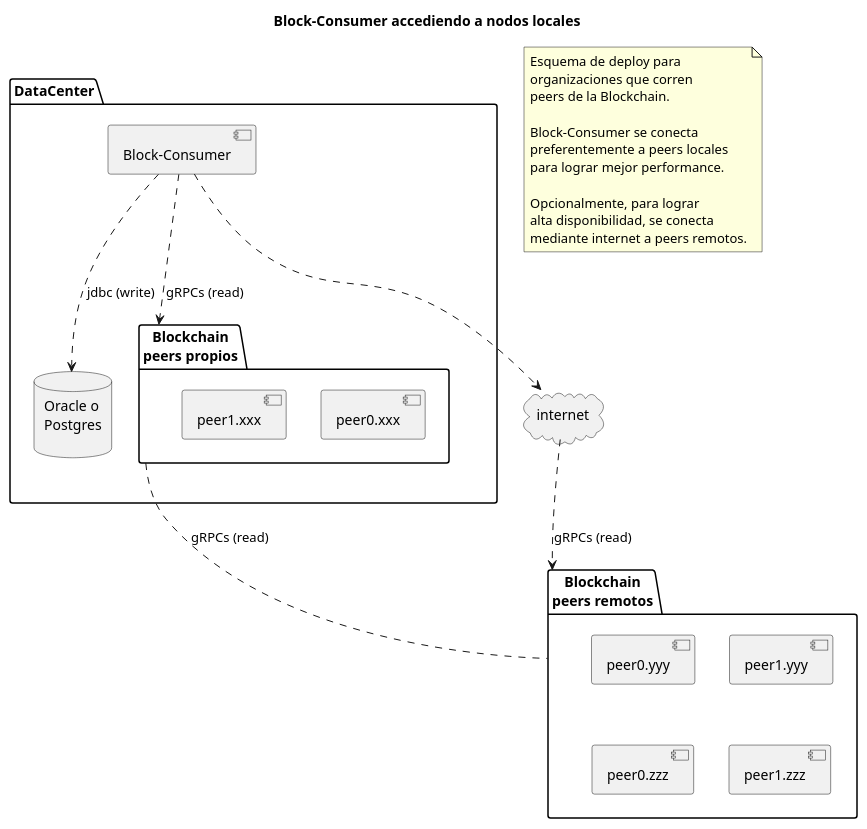
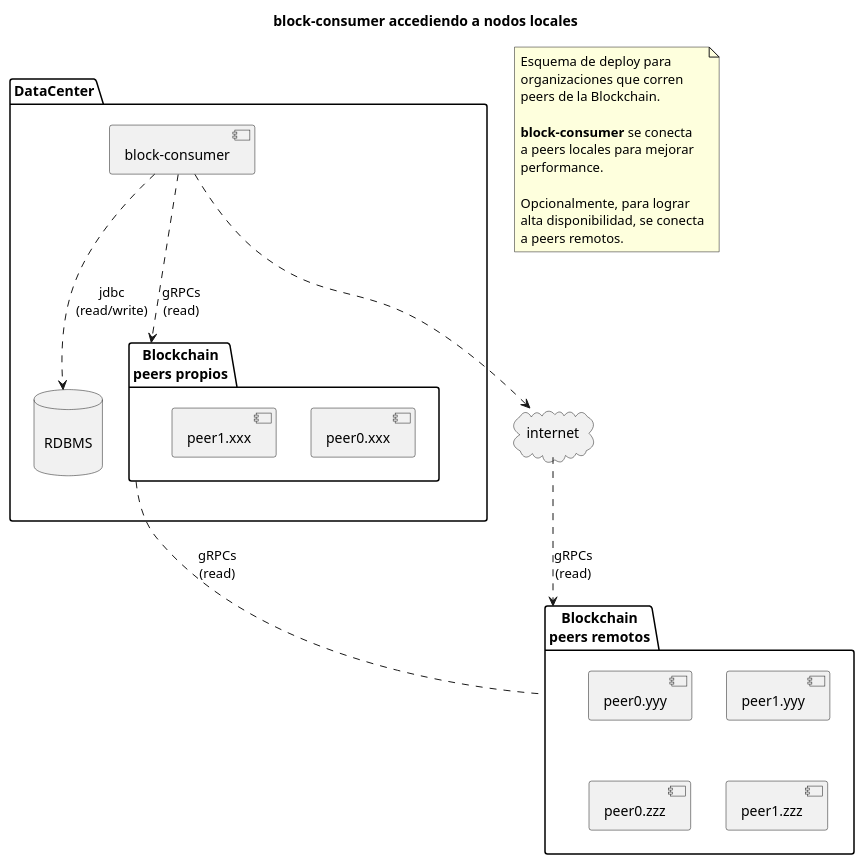
Before and after one commit to padfed/padfed-doc: the diagram in applications/block-consumer/images/deploy-accediendo-a-nodos-locales.plantuml, drawn with PlantUML. The commit also changed 3 other files, not shown here.

Commit message:
simplifico diagramas de deploy

```diff
--- a/applications/block-consumer/images/deploy-accediendo-a-nodos-locales.plantuml
+++ b/applications/block-consumer/images/deploy-accediendo-a-nodos-locales.plantuml
@@ -1,45 +1,45 @@
 @startuml deploy-accediendo-a-nodos-locales
 
-title Block-Consumer accediendo a nodos locales
+title **block-consumer** accediendo a nodos locales
 
 note as N1
-Esquema de deploy para 
-organizaciones que corren 
+Esquema de deploy para
+organizaciones que corren
 peers de la Blockchain.
 
-Block-Consumer se conecta 
-preferentemente a peers locales 
-para lograr mejor performance.
+**block-consumer** se conecta
+a peers locales para mejorar
+performance.
 
-Opcionalmente, para lograr 
-alta disponibilidad, se conecta 
-mediante internet a peers remotos.
+Opcionalmente, para lograr
+alta disponibilidad, se conecta
+a peers remotos.
 end note
 
 package "Blockchain\npeers remotos" as remotos {
     [peer0.yyy]
     [peer1.yyy]
     [peer0.zzz]
     [peer1.zzz]
-} 
+}
 
 package DataCenter {
-    component [Block-Consumer] as BlockConsumer 
-    database "Oracle o\nPostgres\n" as db
+    component [block-consumer] as BlockConsumer
+    database "\nRDBMS\n" as db
     package "Blockchain\npeers propios" as locales {
     [peer0.xxx]
     [peer1.xxx]
-} 
-} 
+}
+}
 
 cloud internet
 
-BlockConsumer ..> locales : gRPCs (read)
-BlockConsumer ..> internet 
-BlockConsumer ..> db : jdbc (write)
-internet ..> remotos : gRPCs (read)
-locales .. remotos : gRPCs (read)
+BlockConsumer ..> locales : gRPCs\n(read)
+BlockConsumer ..> internet
+BlockConsumer ..> db : jdbc\n(read/write)
+internet ..> remotos : gRPCs\n(read)
+locales .. remotos : gRPCs\n(read)
 
 DataCenter -[hidden]left- remotos
 
 @enduml
```
